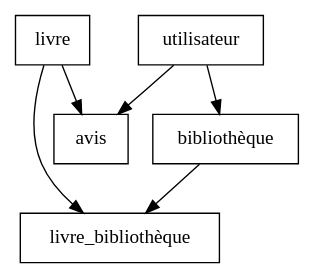
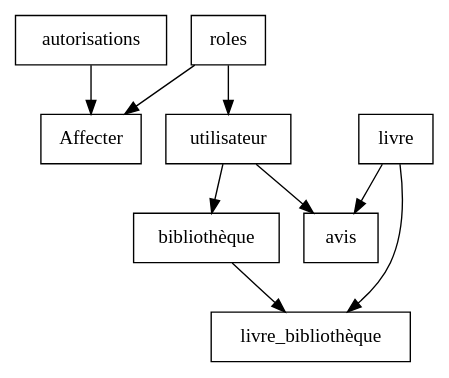
Before and after one commit to Mickael45B/DPro-micha_blablabooks: the diagram in conception/partie_back/01_MCD/MCD_dependencies.gv, drawn with Graphviz. The commit also changed 37 other files, not shown here.

Commit message:
differents diagrammes

```diff
--- a/conception/partie_back/01_MCD/MCD_dependencies.gv
+++ b/conception/partie_back/01_MCD/MCD_dependencies.gv
@@ -1,10 +1,13 @@
 // Generated by Mocodo 4.3.2
 
 digraph {
   node [shape=box]
+  "roles" -> "Affecter"
+  "autorisations" -> "Affecter"
   "livre" -> "avis"
   "utilisateur" -> "avis"
   "utilisateur" -> "bibliothèque"
   "bibliothèque" -> "livre_bibliothèque"
   "livre" -> "livre_bibliothèque"
+  "roles" -> "utilisateur"
 }
```
